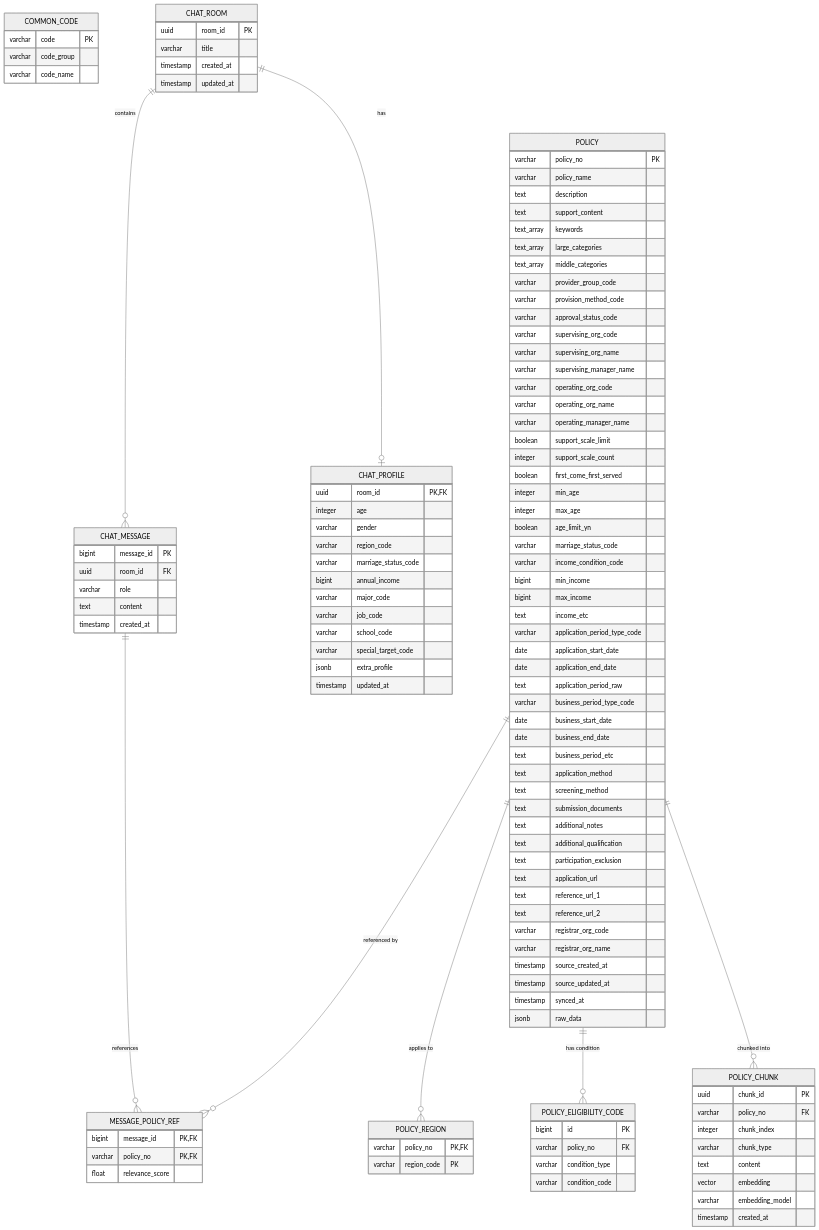
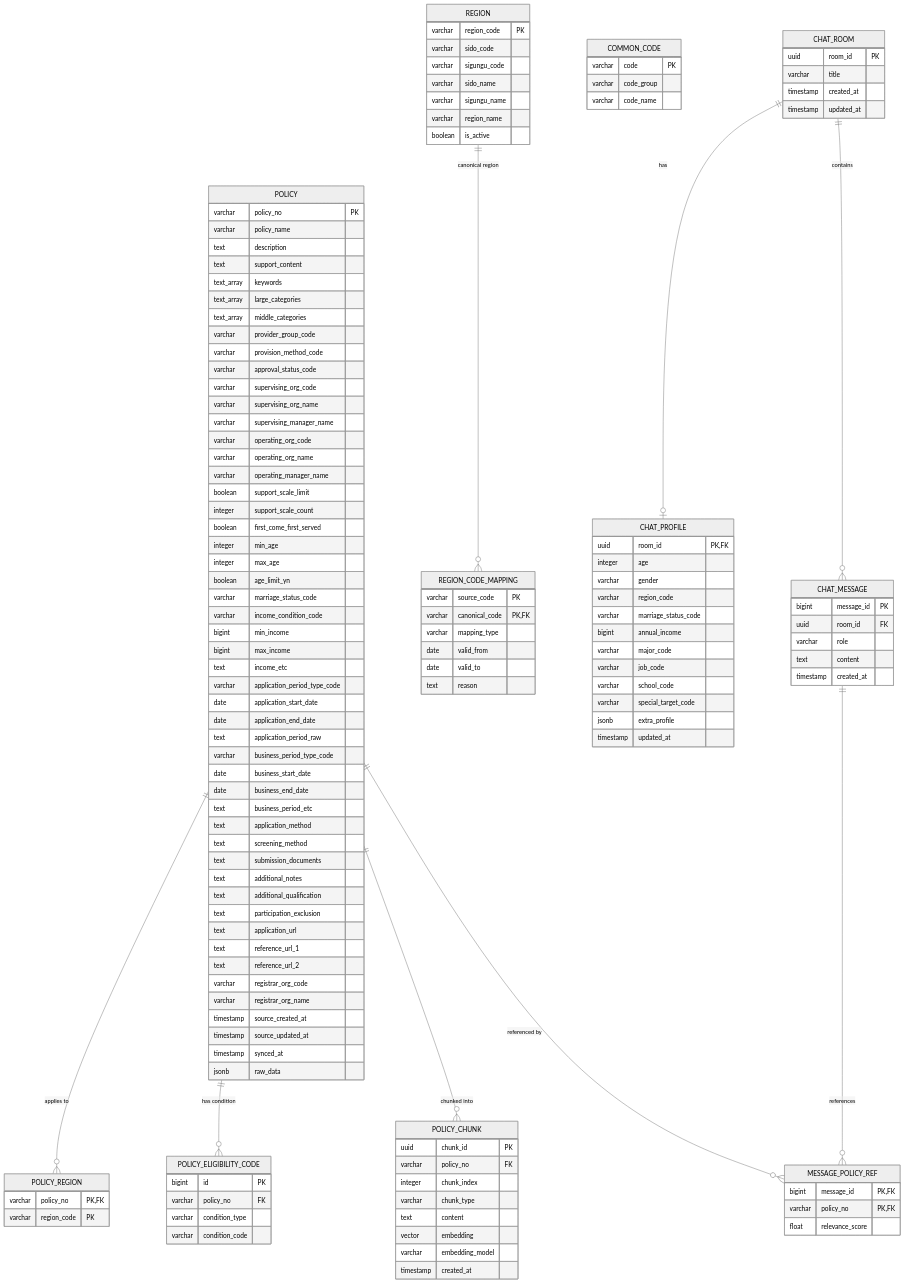
Before and after one commit to inha-youthlink/youthlink-data-pipeline: the diagram in docs/erd.md, drawn with Mermaid (neutral theme). The commit also changed other lines of this file and 8 other files, not shown here.

```diff
--- a/docs/erd.md
+++ b/docs/erd.md
@@ -76,6 +76,25 @@
         varchar region_code PK
     }
 
+    REGION {
+        varchar region_code PK
+        varchar sido_code
+        varchar sigungu_code
+        varchar sido_name
+        varchar sigungu_name
+        varchar region_name
+        boolean is_active
+    }
+
+    REGION_CODE_MAPPING {
+        varchar source_code PK
+        varchar canonical_code PK,FK
+        varchar mapping_type
+        date valid_from
+        date valid_to
+        text reason
+    }
+
     POLICY_ELIGIBILITY_CODE {
         bigint id PK
         varchar policy_no FK
@@ -137,6 +156,7 @@
     }
 
     POLICY ||--o{ POLICY_REGION : "applies to"
+    REGION ||--o{ REGION_CODE_MAPPING : "canonical region"
     POLICY ||--o{ POLICY_ELIGIBILITY_CODE : "has condition"
     POLICY ||--o{ POLICY_CHUNK : "chunked into"
 
```
